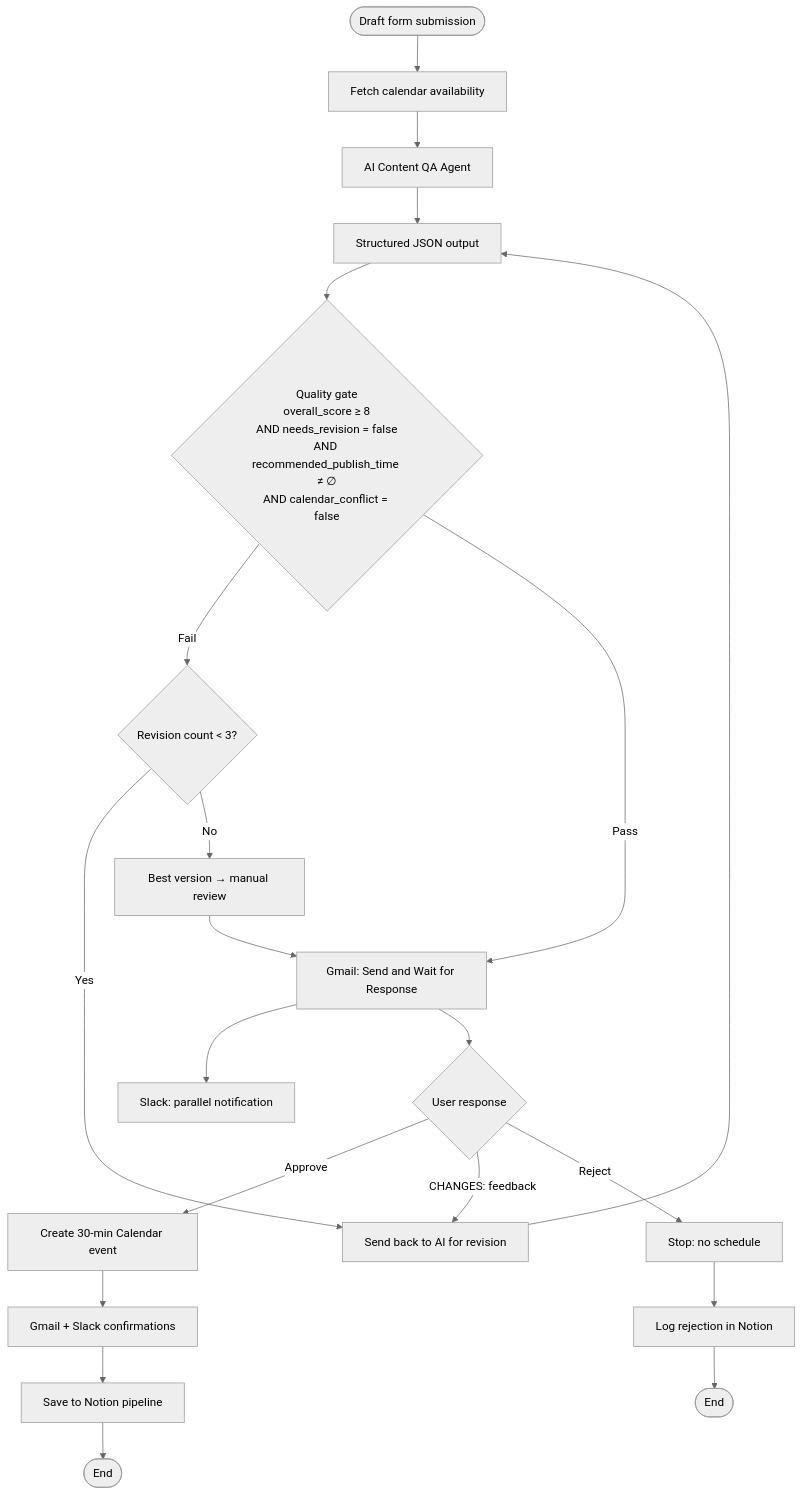
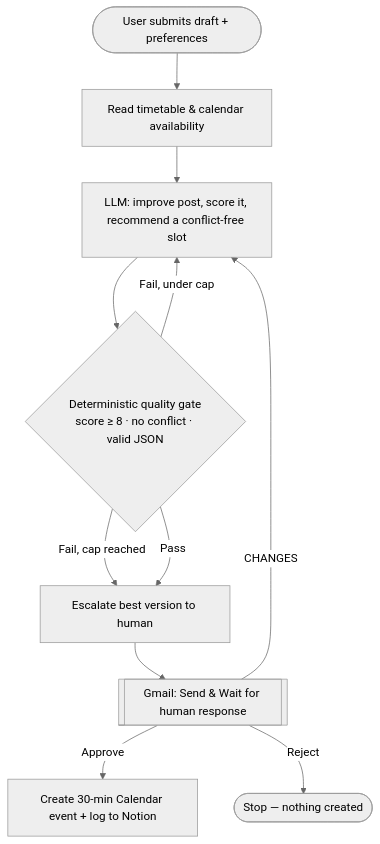
Before and after one commit to NishantDas0079/Schedule-Aware-Linkedin-QA-Agent: the diagram in README.md, drawn with Mermaid (neutral theme). The commit also changed other lines of this file, not shown here.

````diff
--- a/README.md
+++ b/README.md
@@ -321,23 +33,13 @@
 ```mermaid
 flowchart TD
-    Start([Draft form submission]) --> Ctx[Fetch calendar availability]
-    Ctx --> QA[AI Content QA Agent]
-    QA --> JSON[Structured JSON output]
-    JSON --> Gate{Quality gate<br/>overall_score ≥ 8<br/>AND needs_revision = false<br/>AND recommended_publish_time ≠ ∅<br/>AND calendar_conflict = false}
-    Gate -->|Fail| Cap{Revision count < 3?}
-    Cap -->|Yes| Rev[Send back to AI for revision]
-    Rev --> JSON
-    Cap -->|No| Manual[Best version → manual review]
-    Manual --> Approve
-    Gate -->|Pass| Approve[Gmail: Send and Wait for Response]
-    Approve --> Slack[Slack: parallel notification]
-    Approve --> Resp{User response}
-    Resp -->|Approve| Exec[Create 30-min Calendar event]
-    Exec --> Conf[Gmail + Slack confirmations]
-    Conf --> Save[Save to Notion pipeline]
-    Save --> End([End])
-    Resp -->|CHANGES: feedback| Rev
-    Resp -->|Reject| Stop[Stop: no schedule]
-    Stop --> LogR[Log rejection in Notion]
-    LogR --> EndR([End])
+    A([User submits draft + preferences]) --> B[Read timetable &amp; calendar availability]
+    B --> C[LLM: improve post, score it, recommend a conflict-free slot]
+    C --> D{Deterministic quality gate<br/>score ≥ 8 · no conflict · valid JSON}
+    D -->|Fail, under cap| C
+    D -->|Fail, cap reached| E[Escalate best version to human]
+    D -->|Pass| E
+    E --> F[[Gmail: Send &amp; Wait for human response]]
+    F -->|Approve| G[Create 30-min Calendar event + log to Notion]
+    F -->|CHANGES| C
+    F -->|Reject| H([Stop — nothing created])
 ```
````
